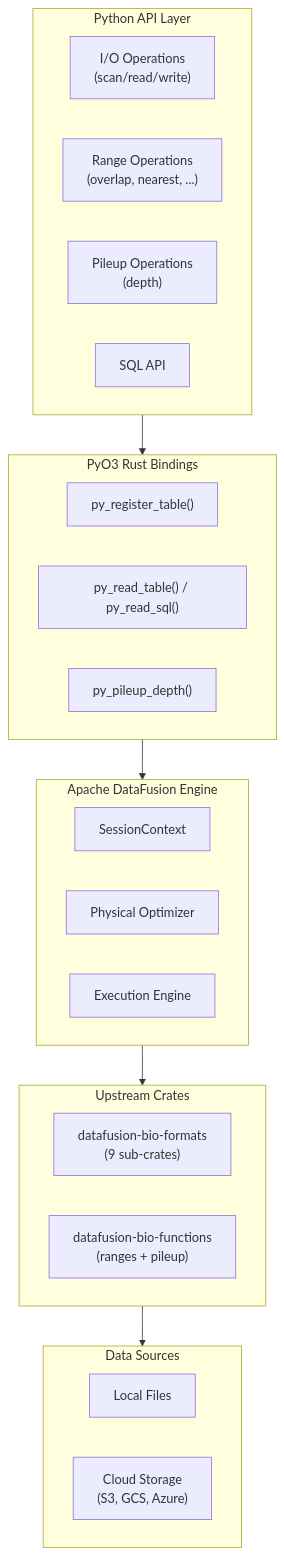
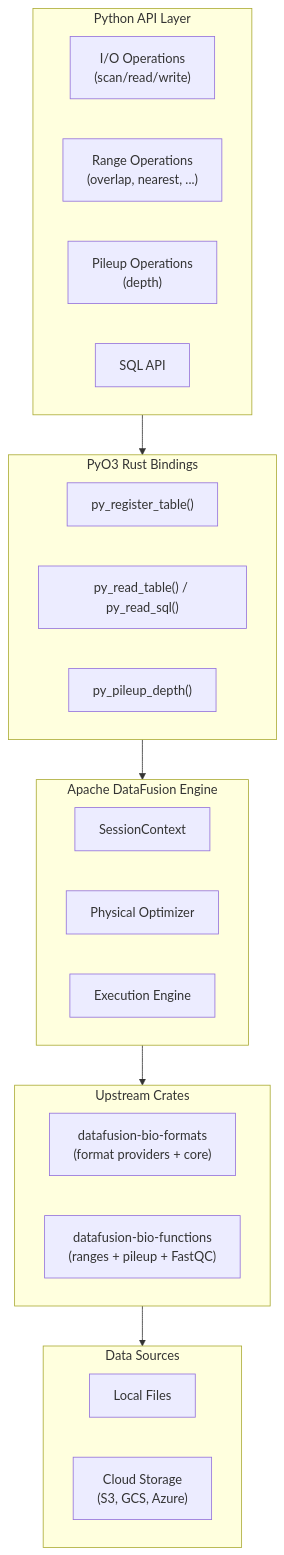
Before and after one commit to biodatageeks/polars-bio: the first of 6 diagrams in docs/developers.md, drawn with Mermaid. The commit also changed other lines of this file and 23 other files, not shown here.

````diff
--- a/docs/developers.md
+++ b/docs/developers.md
@@ -5,41 +5,41 @@
 ```mermaid
 flowchart TB
     subgraph Python["Python API Layer"]
         direction LR
         io["I/O Operations<br/>(scan/read/write)"]
         range["Range Operations<br/>(overlap, nearest, ...)"]
         pileup["Pileup Operations<br/>(depth)"]
         sql["SQL API"]
     end
 
     subgraph PyO3["PyO3 Rust Bindings"]
         direction LR
         py_register["py_register_table()"]
         py_read["py_read_table() / py_read_sql()"]
         py_pileup["py_pileup_depth()"]
     end
 
     subgraph DataFusion["Apache DataFusion Engine"]
         direction LR
         ctx["SessionContext"]
         optimizer["Physical Optimizer"]
         exec["Execution Engine"]
     end
 
     subgraph Upstream["Upstream Crates"]
         direction LR
-        formats["datafusion-bio-formats<br/>(9 sub-crates)"]
-        functions["datafusion-bio-functions<br/>(ranges + pileup)"]
+        formats["datafusion-bio-formats<br/>(format providers + core)"]
+        functions["datafusion-bio-functions<br/>(ranges + pileup + FastQC)"]
     end
 
     subgraph Storage["Data Sources"]
         direction LR
         local["Local Files"]
         cloud["Cloud Storage<br/>(S3, GCS, Azure)"]
     end
 
     Python --> PyO3
     PyO3 --> DataFusion
     DataFusion --> Upstream
     Upstream --> Storage
 ```
````
